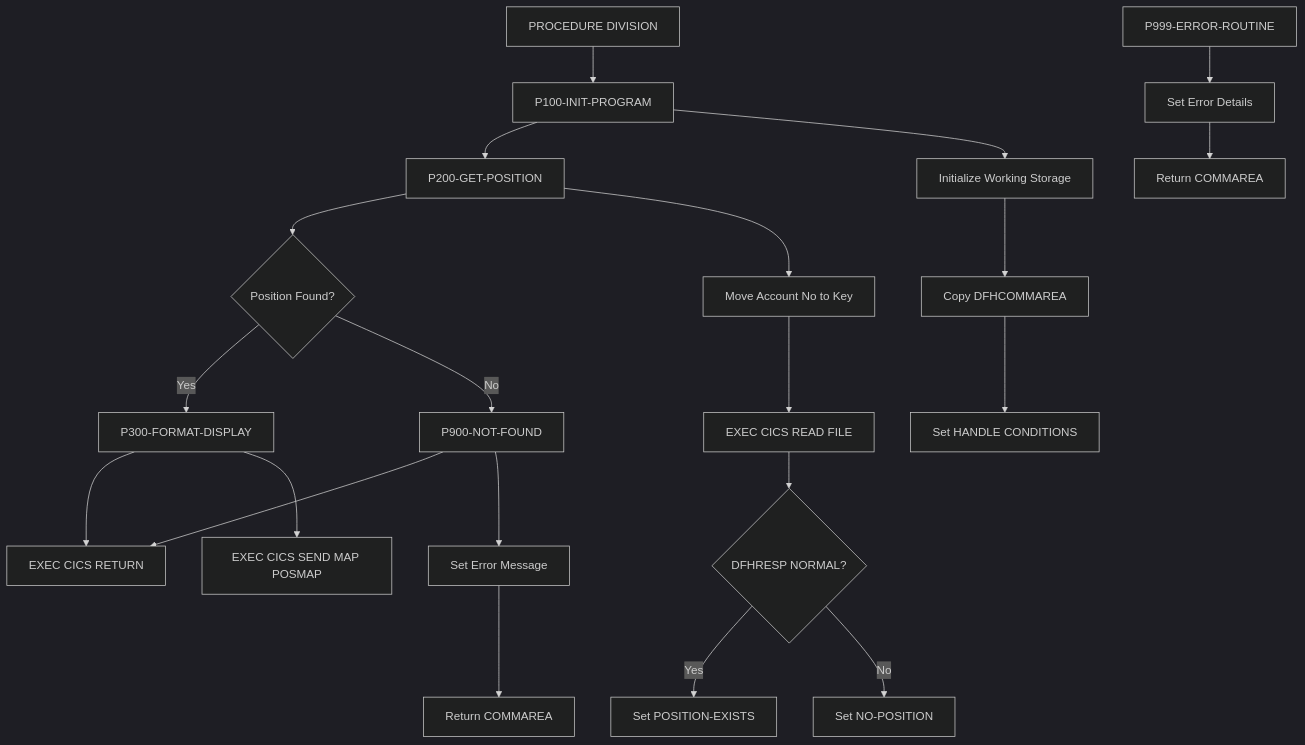
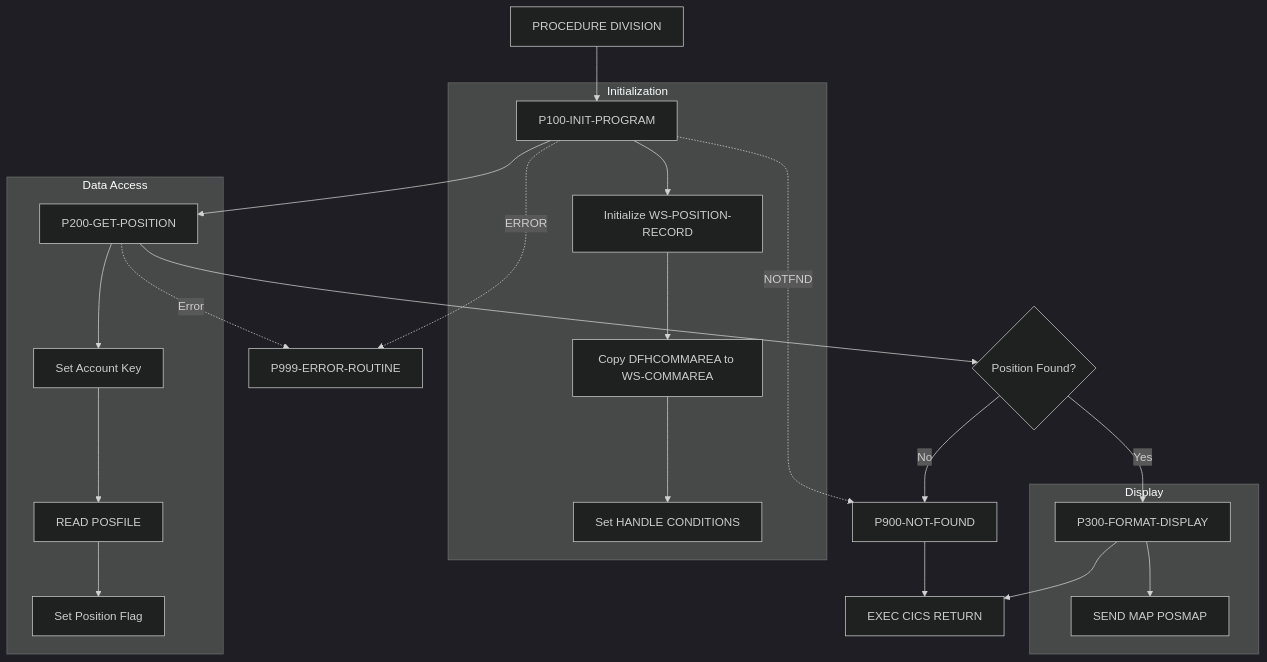
The first of 2 diagrams in docs/programs/INQPORT.mdx (haladir-com/legacy-benchmark-docs-vb70e1), drawn with Mermaid (dark theme) before and after one commit. The commit also changed other lines of this file and 63 other files, not shown here.

````diff
--- a/docs/programs/INQPORT.mdx
+++ b/docs/programs/INQPORT.mdx
@@ -21,28 +20,30 @@
 ```mermaid
 graph TD
     A[PROCEDURE DIVISION] --> B[P100-INIT-PROGRAM]
     B --> C[P200-GET-POSITION]
     C --> D{Position Found?}
-    D --> |Yes| E[P300-FORMAT-DISPLAY]
-    D --> |No| F[P900-NOT-FOUND]
+    D -->|Yes| E[P300-FORMAT-DISPLAY]
+    D -->|No| F[P900-NOT-FOUND]
     E --> G[EXEC CICS RETURN]
     F --> G
     
-    B --> B1[Initialize Working Storage]
-    B1 --> B2[Copy DFHCOMMAREA]
-    B2 --> B3[Set HANDLE CONDITIONS]
+    B -.->|ERROR| H[P999-ERROR-ROUTINE]
+    B -.->|NOTFND| F
+    C -.->|Error| H
     
-    C --> C1[Move Account No to Key]
-    C1 --> C2[EXEC CICS READ FILE]
-    C2 --> C3{DFHRESP NORMAL?}
-    C3 --> |Yes| C4[Set POSITION-EXISTS]
-    C3 --> |No| C5[Set NO-POSITION]
+    subgraph "Initialization"
+        B --> B1[Initialize WS-POSITION-RECORD]
+        B1 --> B2[Copy DFHCOMMAREA to WS-COMMAREA]
+        B2 --> B3[Set HANDLE CONDITIONS]
+    end
     
-    E --> E1[EXEC CICS SEND MAP POSMAP]
+    subgraph "Data Access"
+        C --> C1[Set Account Key]
+        C1 --> C2[READ POSFILE]
+        C2 --> C3[Set Position Flag]
+    end
     
-    F --> F1[Set Error Message]
-    F1 --> F2[Return COMMAREA]
-    
-    H[P999-ERROR-ROUTINE] --> H1[Set Error Details]
-    H1 --> H2[Return COMMAREA]
+    subgraph "Display"
+        E --> E1[SEND MAP POSMAP]
+    end
 ```
````
